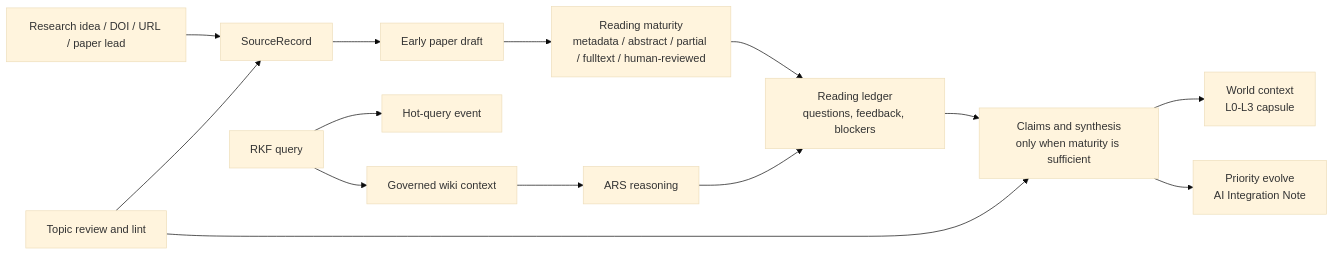
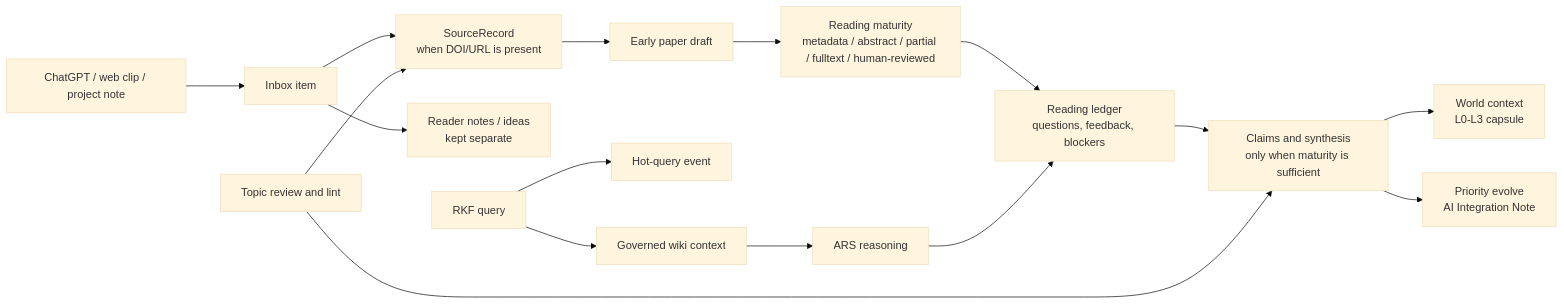
Before and after one commit to ChenHau-Lan/ResearchWiki: the diagram in README.md, drawn with Mermaid (base theme). The commit also changed other lines of this file and 33 other files, not shown here.

````diff
--- a/README.md
+++ b/README.md
@@ -68,16 +70,18 @@
 ```mermaid
 flowchart LR
-    A["Research idea / DOI / URL / paper lead"] --> B["SourceRecord"]
+    Z["ChatGPT / web clip / project note"] --> A["Inbox item"]
+    A --> B["SourceRecord<br/>when DOI/URL is present"]
+    A --> N["Reader notes / ideas<br/>kept separate"]
     B --> C["Early paper draft"]
     C --> D["Reading maturity<br/>metadata / abstract / partial / fulltext / human-reviewed"]
     D --> E["Reading ledger<br/>questions, feedback, blockers"]
     E --> F["Claims and synthesis<br/>only when maturity is sufficient"]
     F --> G["World context<br/>L0-L3 capsule"]
     F --> M["Priority evolve<br/>AI Integration Note"]
     H["RKF query"] --> I["Hot-query event"]
     H --> J["Governed wiki context"]
     J --> K["ARS reasoning"]
     K --> E
     L["Topic review and lint"] --> B
     L --> F
 ```
````
